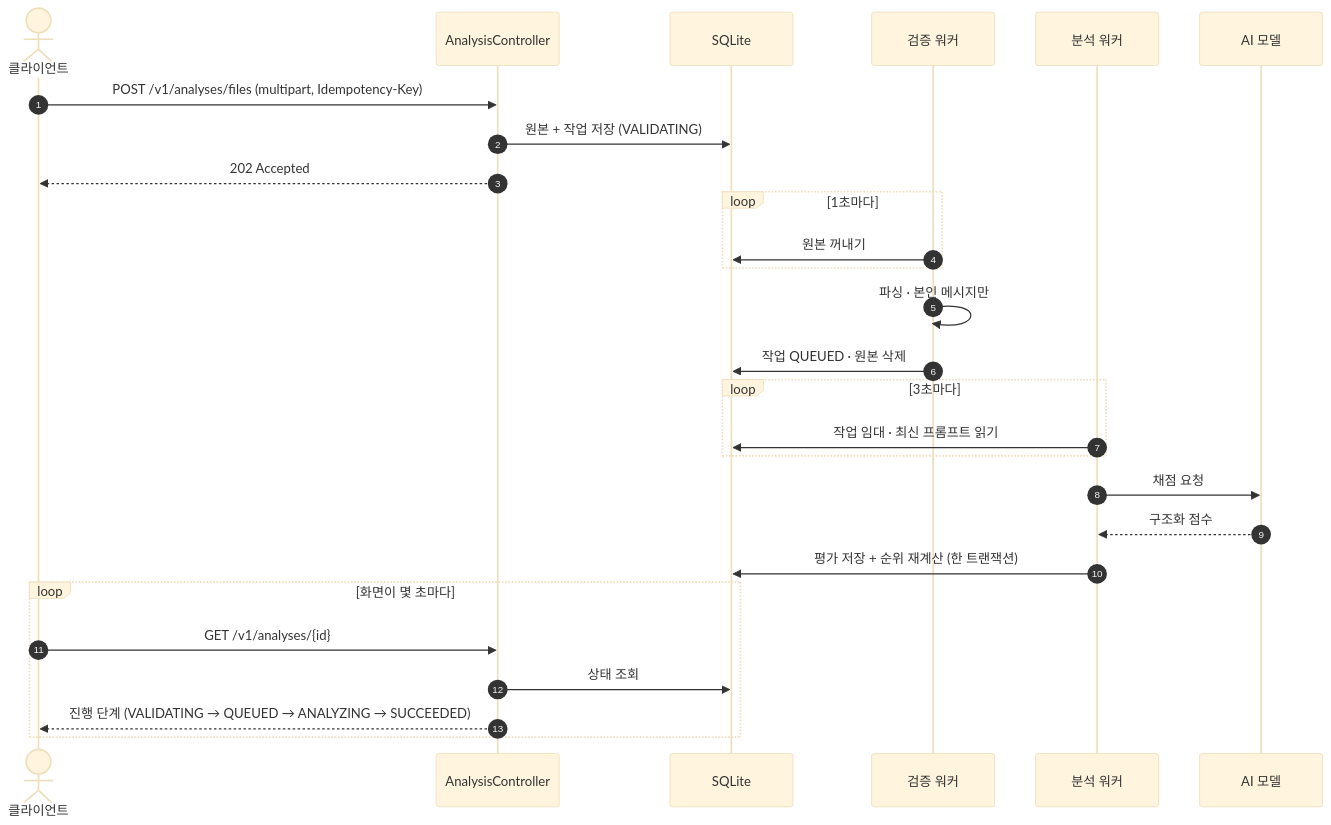
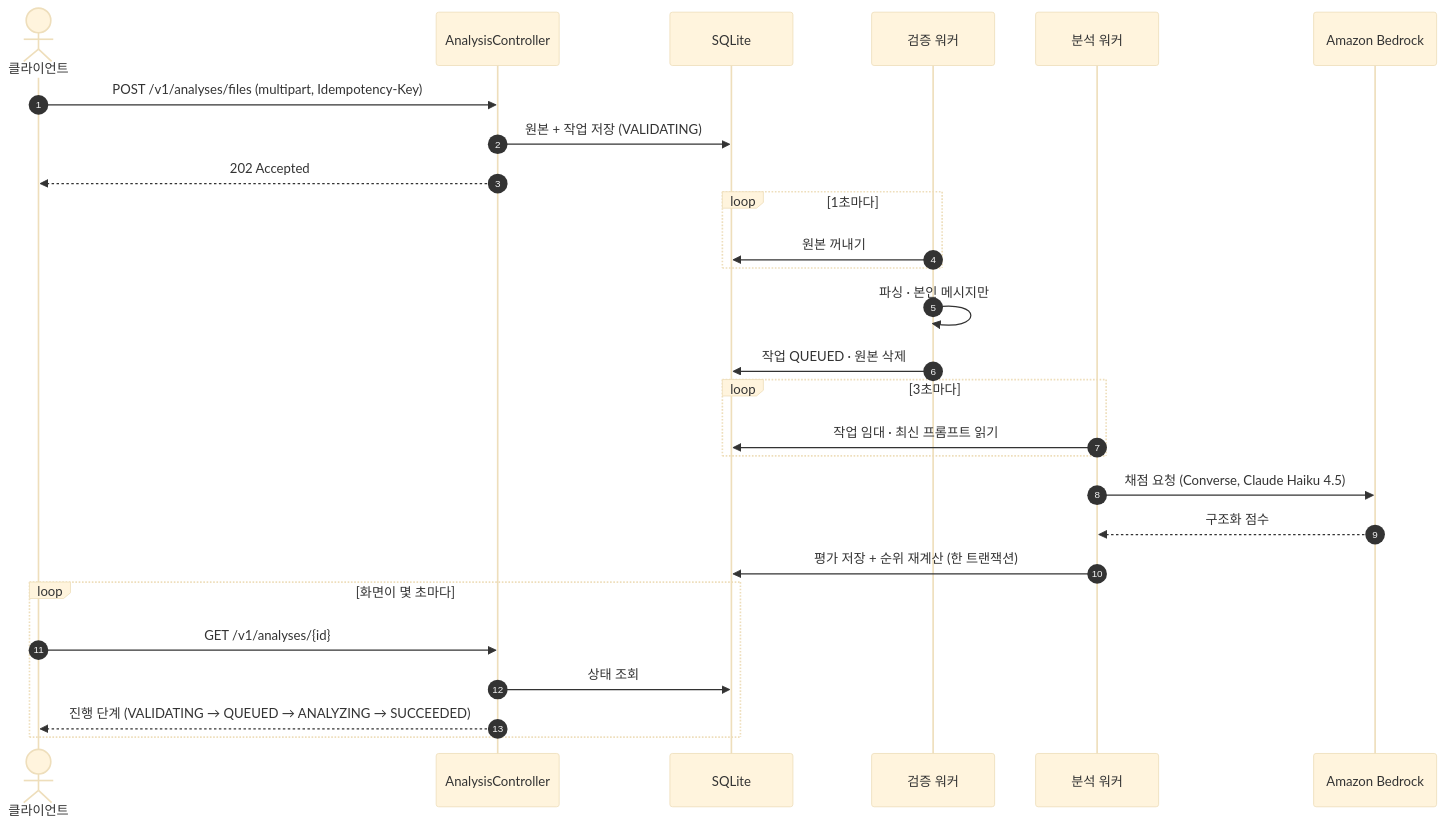
Before and after one commit to yooni9ue/santacut: the diagram in backend/README.md, drawn with Mermaid (base theme). The commit also changed other lines of this file, not shown here.

````diff
--- a/backend/README.md
+++ b/backend/README.md
@@ -63,29 +90,29 @@
 ```mermaid
 sequenceDiagram
     autonumber
     actor C as 클라이언트
     participant API as AnalysisController
     participant DB as SQLite
     participant V as 검증 워커
     participant W as 분석 워커
-    participant AI as AI 모델
+    participant AI as Amazon Bedrock
     C->>API: POST /v1/analyses/files (multipart, Idempotency-Key)
     API->>DB: 원본 + 작업 저장 (VALIDATING)
     API-->>C: 202 Accepted
     loop 1초마다
         V->>DB: 원본 꺼내기
     end
     V->>V: 파싱 · 본인 메시지만
     V->>DB: 작업 QUEUED · 원본 삭제
     loop 3초마다
         W->>DB: 작업 임대 · 최신 프롬프트 읽기
     end
-    W->>AI: 채점 요청
+    W->>AI: 채점 요청 (Converse, Claude Haiku 4.5)
     AI-->>W: 구조화 점수
     W->>DB: 평가 저장 + 순위 재계산 (한 트랜잭션)
     loop 화면이 몇 초마다
         C->>API: GET /v1/analyses/{id}
         API->>DB: 상태 조회
         API-->>C: 진행 단계 (VALIDATING → QUEUED → ANALYZING → SUCCEEDED)
     end
 ```
````
